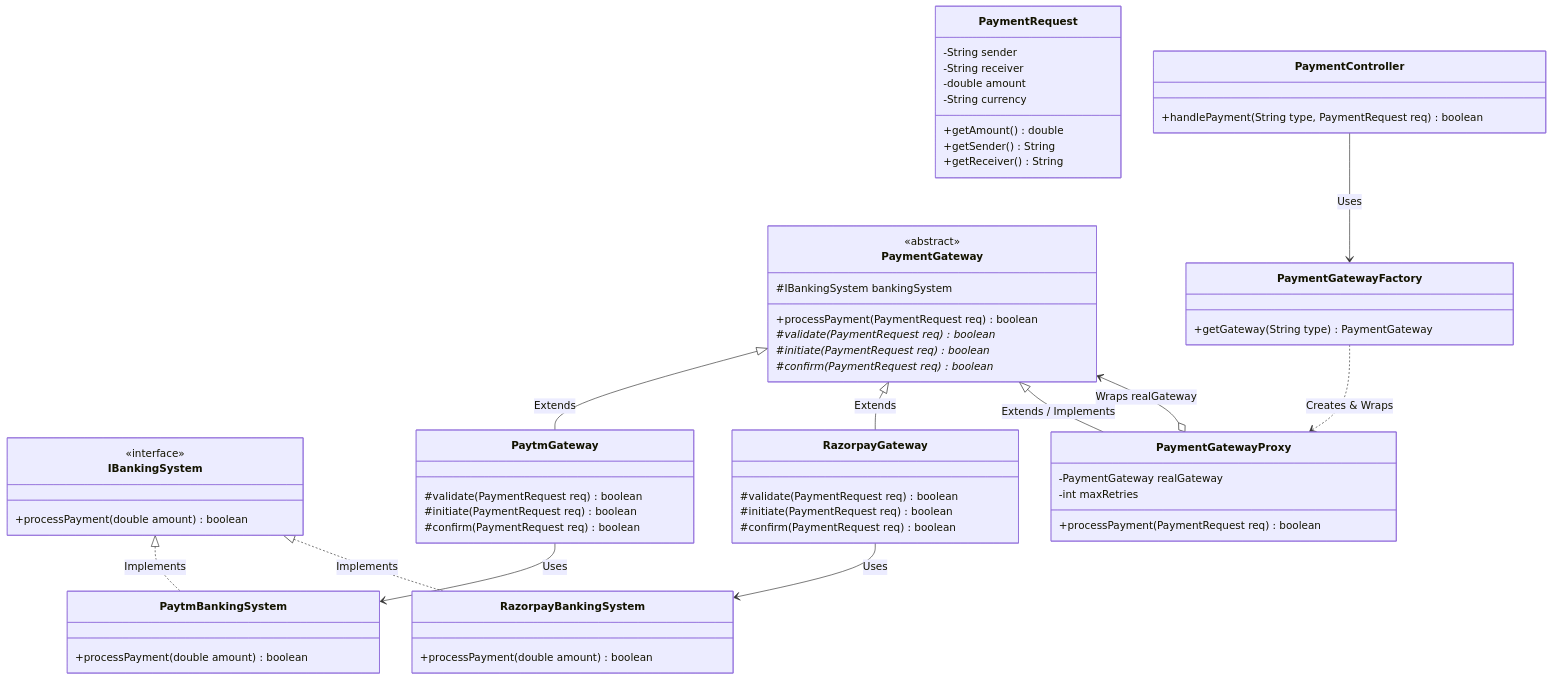
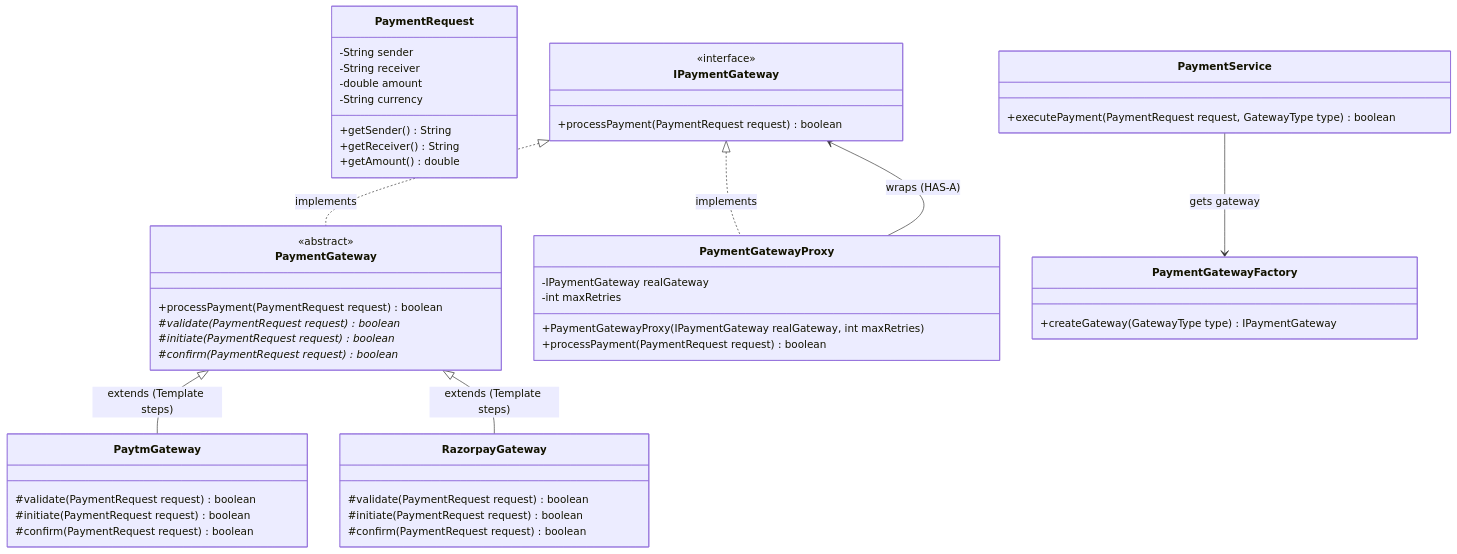
Before and after one commit to rohithgowda18/Notes: the diagram in 04-OOPs-and-Design-Patterns/04-LLD-Case-Studies/23-Build-Payment-Gateway-System.md, drawn with Mermaid. The commit also changed other lines of this file and 39 other files, not shown here.

````diff
--- a/04-OOPs-and-Design-Patterns/04-LLD-Case-Studies/23-Build-Payment-Gateway-System.md
+++ b/04-OOPs-and-Design-Patterns/04-LLD-Case-Studies/23-Build-Payment-Gateway-System.md
@@ -120,74 +52,59 @@
 ```mermaid
 classDiagram
     class PaymentRequest {
         -String sender
         -String receiver
         -double amount
         -String currency
-        +getAmount() double
         +getSender() String
         +getReceiver() String
+        +getAmount() double
     }
 
-    class IBankingSystem {
+    class IPaymentGateway {
         <<interface>>
-        +processPayment(double amount) boolean
-    }
-
-    class PaytmBankingSystem {
-        +processPayment(double amount) boolean
-    }
-
-    class RazorpayBankingSystem {
-        +processPayment(double amount) boolean
+        +processPayment(PaymentRequest request) boolean
     }
 
     class PaymentGateway {
         <<abstract>>
-        #IBankingSystem bankingSystem
-        +processPayment(PaymentRequest req) boolean
-        #validate(PaymentRequest req)* boolean
-        #initiate(PaymentRequest req)* boolean
-        #confirm(PaymentRequest req)* boolean
+        +processPayment(PaymentRequest request) boolean
+        #validate(PaymentRequest request)* boolean
+        #initiate(PaymentRequest request)* boolean
+        #confirm(PaymentRequest request)* boolean
     }
 
     class PaytmGateway {
-        #validate(PaymentRequest req) boolean
-        #initiate(PaymentRequest req) boolean
-        #confirm(PaymentRequest req) boolean
+        #validate(PaymentRequest request) boolean
+        #initiate(PaymentRequest request) boolean
+        #confirm(PaymentRequest request) boolean
     }
 
     class RazorpayGateway {
-        #validate(PaymentRequest req) boolean
-        #initiate(PaymentRequest req) boolean
-        #confirm(PaymentRequest req) boolean
+        #validate(PaymentRequest request) boolean
+        #initiate(PaymentRequest request) boolean
+        #confirm(PaymentRequest request) boolean
     }
 
     class PaymentGatewayProxy {
-        -PaymentGateway realGateway
+        -IPaymentGateway realGateway
         -int maxRetries
-        +processPayment(PaymentRequest req) boolean
+        +PaymentGatewayProxy(IPaymentGateway realGateway, int maxRetries)
+        +processPayment(PaymentRequest request) boolean
     }
 
     class PaymentGatewayFactory {
-        +getGateway(String type) PaymentGateway
+        +createGateway(GatewayType type) IPaymentGateway
     }
 
-    class PaymentController {
-        +handlePayment(String type, PaymentRequest req) boolean
+    class PaymentService {
+        +executePayment(PaymentRequest request, GatewayType type) boolean
     }
 
-    IBankingSystem <|.. PaytmBankingSystem : Implements
-    IBankingSystem <|.. RazorpayBankingSystem : Implements
-
-    PaymentGateway <|-- PaytmGateway : Extends
-    PaymentGateway <|-- RazorpayGateway : Extends
-    PaymentGateway <|-- PaymentGatewayProxy : Extends / Implements
-
-    PaytmGateway --> PaytmBankingSystem : Uses
-    RazorpayGateway --> RazorpayBankingSystem : Uses
-
-    PaymentGatewayProxy o--> PaymentGateway : Wraps realGateway
-    PaymentGatewayFactory ..> PaymentGatewayProxy : Creates & Wraps
-    PaymentController --> PaymentGatewayFactory : Uses
+    IPaymentGateway <|.. PaymentGateway : implements
+    IPaymentGateway <|.. PaymentGatewayProxy : implements
+    PaymentGateway <|-- PaytmGateway : extends (Template steps)
+    PaymentGateway <|-- RazorpayGateway : extends (Template steps)
+    PaymentGatewayProxy --> IPaymentGateway : wraps (HAS-A)
+    PaymentService --> PaymentGatewayFactory : gets gateway
 ```
````
